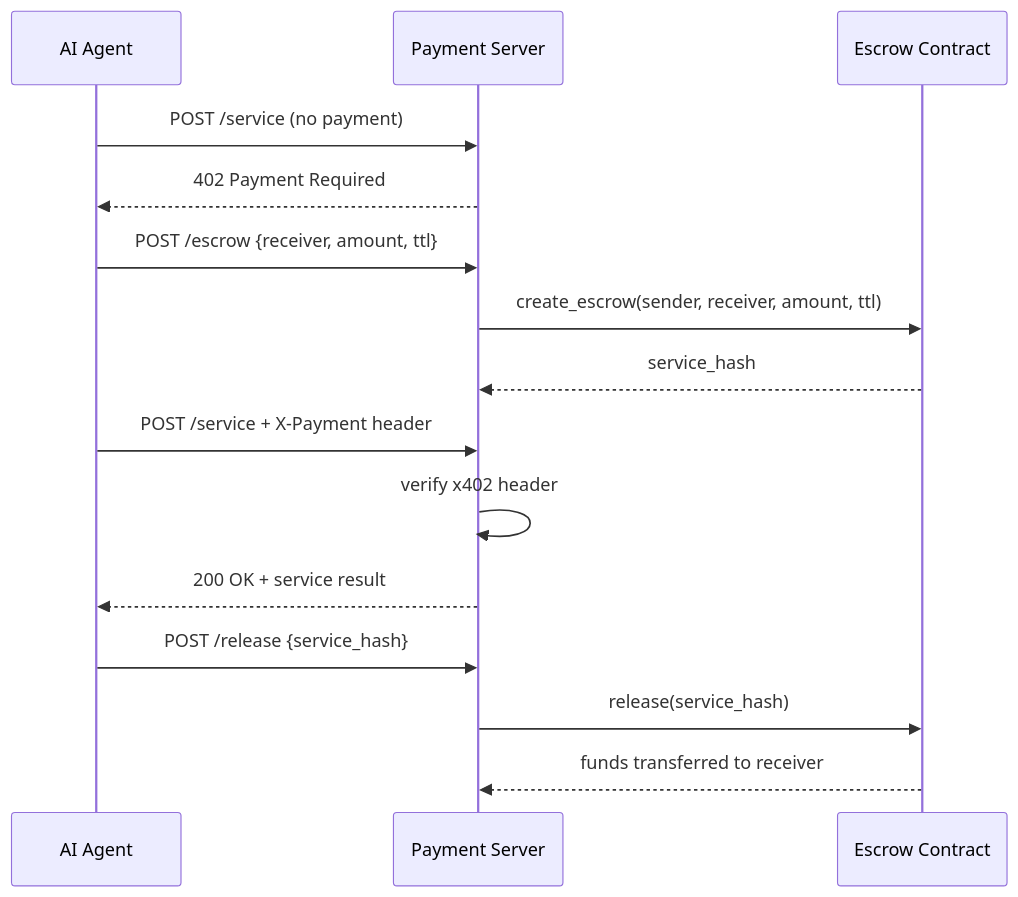
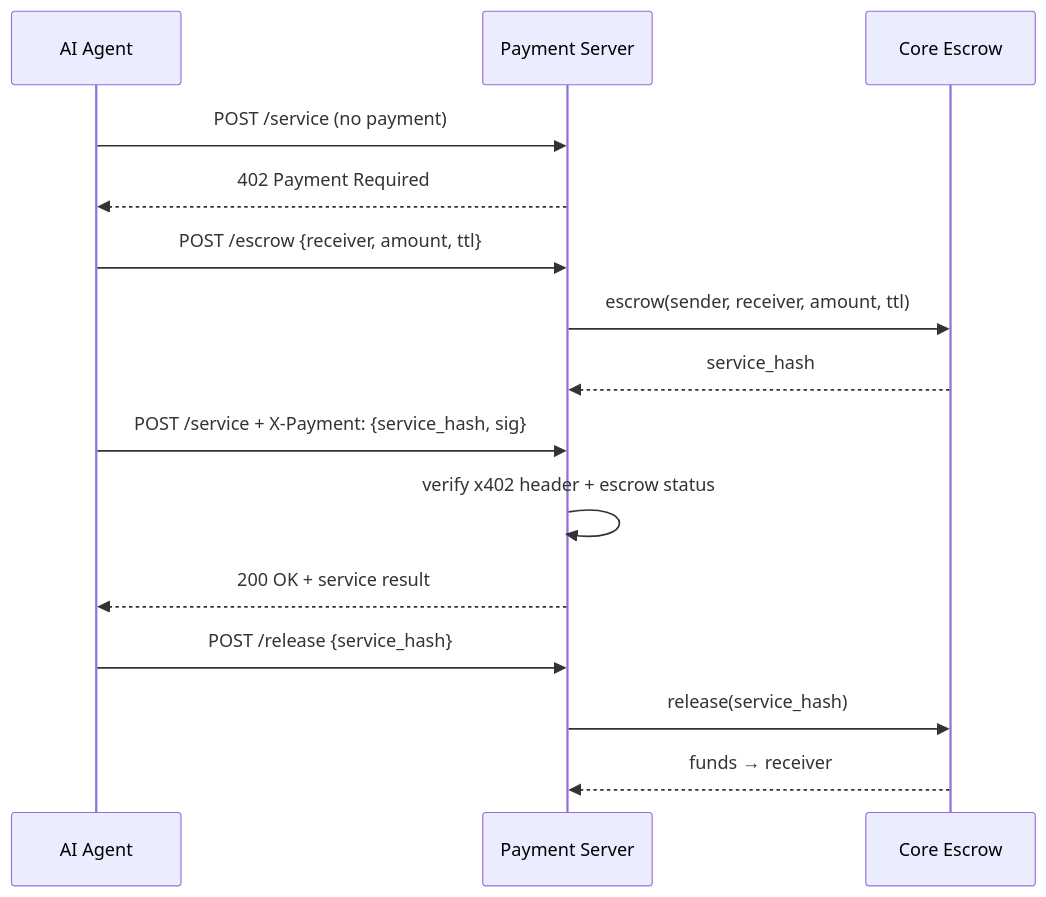
The fourth of 12 diagrams in docs/ARCHITECTURE.md (alexbelij/AgentEscrow402), drawn with Mermaid before and after one commit. The commit also changed other lines of this file and 4 other files, not shown here.

First line of the commit message:
feat: add AETNFT to contracts listing, expand ARCHITECTURE.md, fix README count

````diff
--- a/docs/ARCHITECTURE.md
+++ b/docs/ARCHITECTURE.md
@@ -25,21 +370,21 @@
 ```mermaid
 sequenceDiagram
     participant Agent as AI Agent
     participant Server as Payment Server
-    participant Contract as Escrow Contract
+    participant Contract as Core Escrow
 
     Agent->>Server: POST /service (no payment)
     Server-->>Agent: 402 Payment Required
 
     Agent->>Server: POST /escrow {receiver, amount, ttl}
-    Server->>Contract: create_escrow(sender, receiver, amount, ttl)
+    Server->>Contract: escrow(sender, receiver, amount, ttl)
     Contract-->>Server: service_hash
 
-    Agent->>Server: POST /service + X-Payment header
-    Server->>Server: verify x402 header
+    Agent->>Server: POST /service + X-Payment: {service_hash, sig}
+    Server->>Server: verify x402 header + escrow status
     Server-->>Agent: 200 OK + service result
 
     Agent->>Server: POST /release {service_hash}
     Server->>Contract: release(service_hash)
-    Contract-->>Server: funds transferred to receiver
+    Contract-->>Server: funds → receiver
 ```
````
